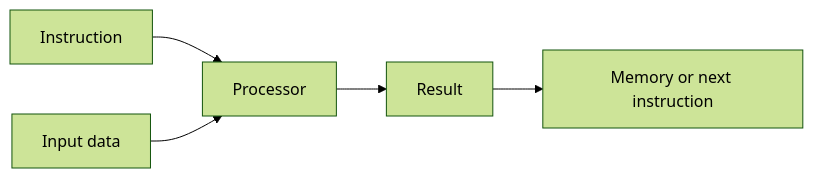
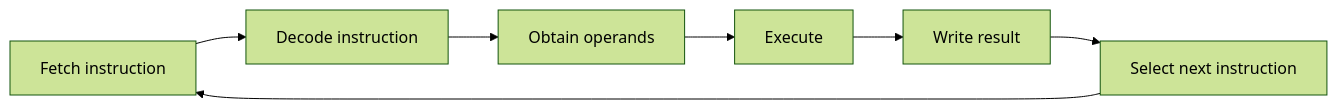
One commit to iqbalk89/Inference-Performance-Lab changed the fourth of 26 diagrams in curriculum/phase-01-gpu-inference-foundations/modules/01-gpu-architecture/lessons/01-computing-and-parallelism-foundations.md. Above: the diagram before and after it, drawn with Mermaid (forest theme). The commit also changed other lines of this file and 1 other file, not shown here.

````diff
--- a/curriculum/phase-01-gpu-inference-foundations/modules/01-gpu-architecture/lessons/01-computing-and-parallelism-foundations.md
+++ b/curriculum/phase-01-gpu-inference-foundations/modules/01-gpu-architecture/lessons/01-computing-and-parallelism-foundations.md
@@ -20,7 +179,9 @@
 ```mermaid
 flowchart LR
-    I[Instruction] --> P[Processor]
-    D[Input data] --> P
-    P --> R[Result]
-    R --> M[Memory or next instruction]
+    F[Fetch instruction] --> D[Decode instruction]
+    D --> O[Obtain operands]
+    O --> E[Execute]
+    E --> W[Write result]
+    W --> N[Select next instruction]
+    N --> F
 ```
````
